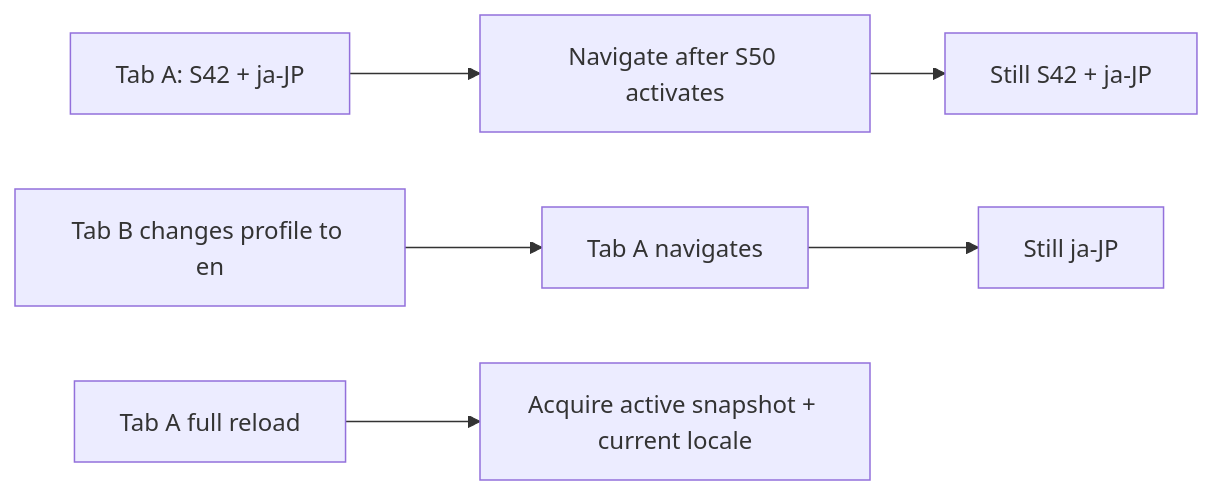
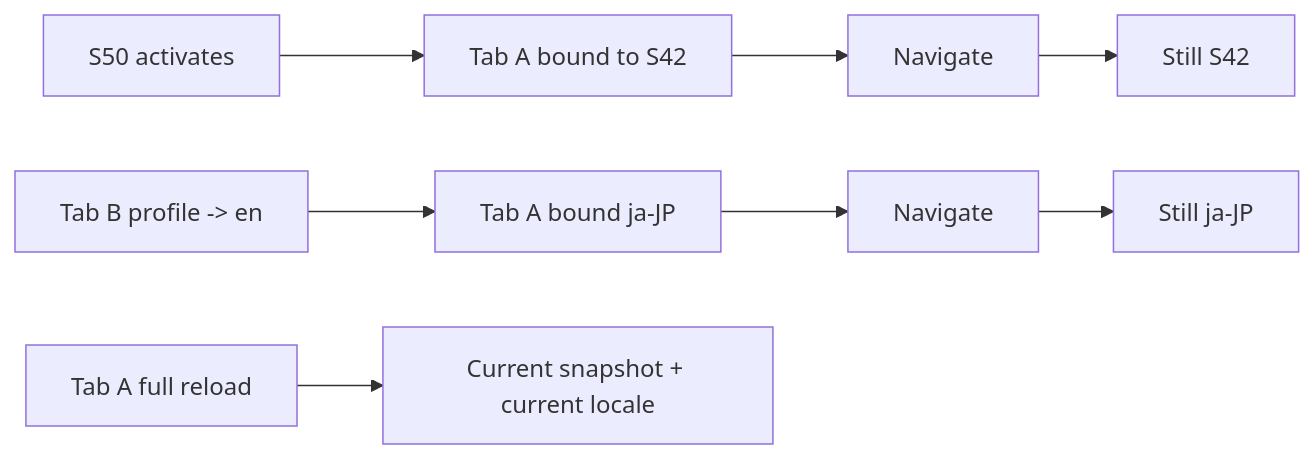
Before and after one commit to taskmigo/docs: diagram 11 of 11 in content/versions/v0/developer/resource-runtime.mdx, drawn with Mermaid. The commit also changed other lines of this file, not shown here.

````diff
--- a/content/versions/v0/developer/resource-runtime.mdx
+++ b/content/versions/v0/developer/resource-runtime.mdx
@@ -414,10 +284,12 @@
 ```mermaid
 flowchart LR
-  A["Tab A: S42 + ja-JP"] --> nav["Navigate after S50 activates"]
-  nav --> expect1["Still S42 + ja-JP"]
+  activation["S50 activates"] --> tabA["Tab A bound to S42"]
+  tabA --> nav["Navigate"]
+  nav --> same["Still S42"]
 
-  B["Tab B changes profile to en"] --> navA["Tab A navigates"]
-  navA --> expect2["Still ja-JP"]
+  language["Tab B profile -> en"] --> tabA2["Tab A bound ja-JP"]
+  tabA2 --> nav2["Navigate"]
+  nav2 --> sameLocale["Still ja-JP"]
 
-  reload["Tab A full reload"] --> expect3["Acquire active snapshot + current locale"]
+  reload["Tab A full reload"] --> latest["Current snapshot + current locale"]
 ```
````
